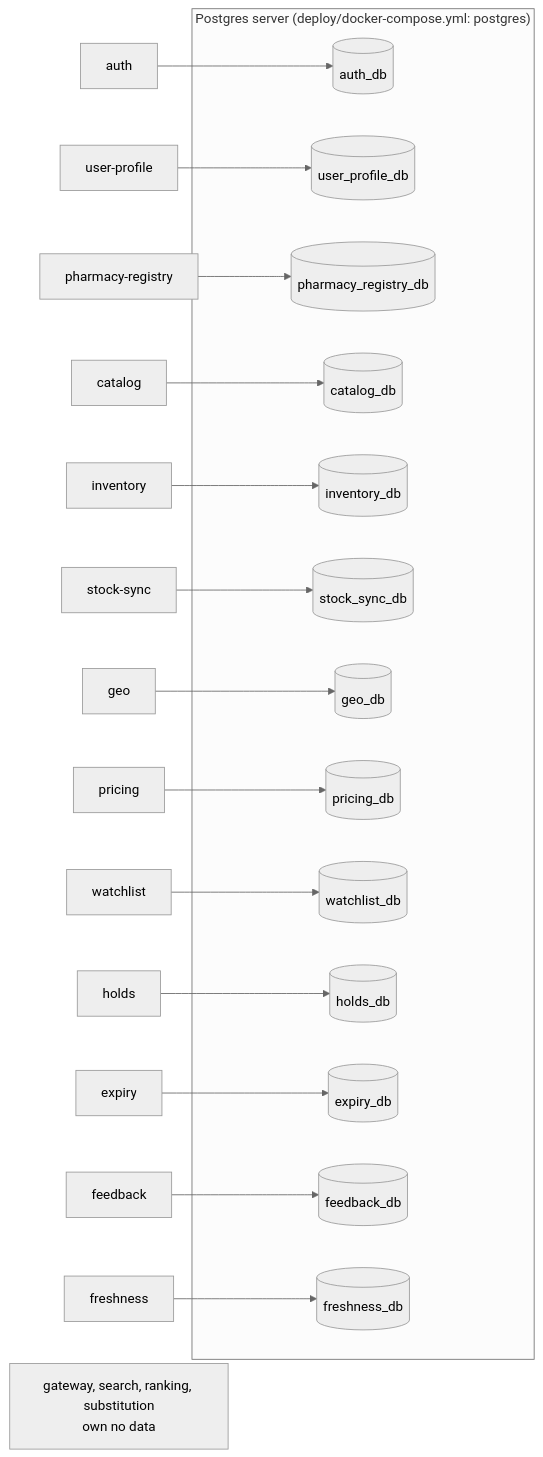
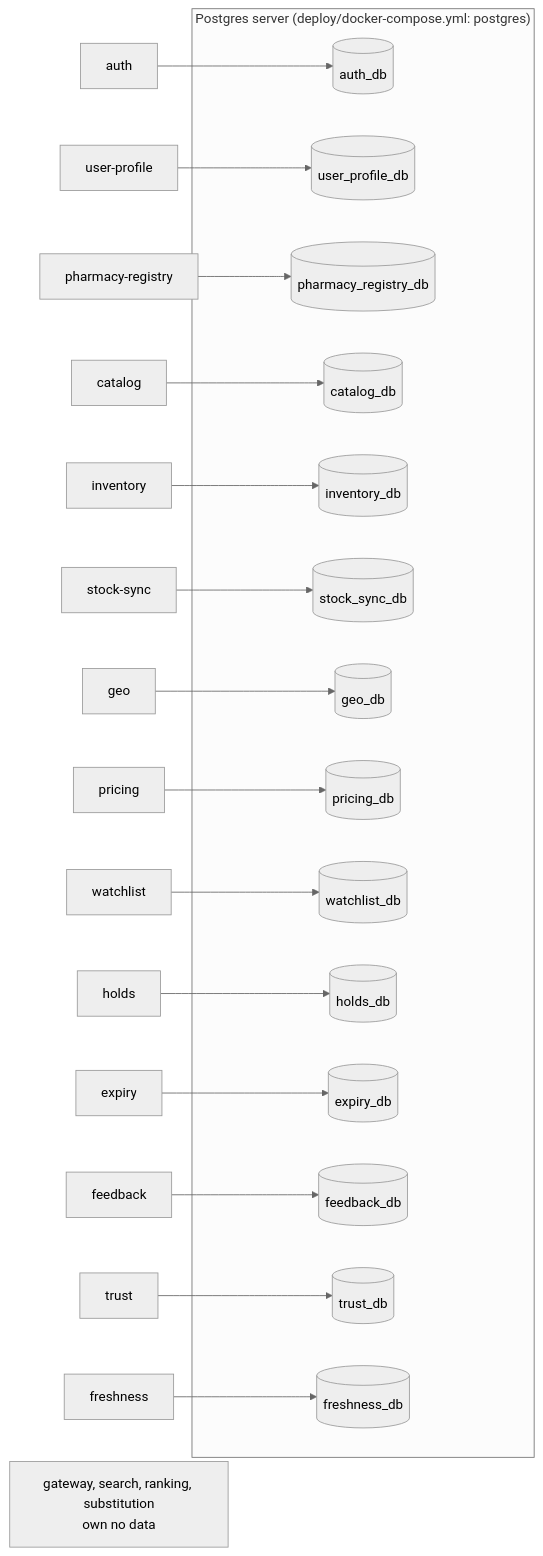
Before and after one commit to Swiftmeds-bht/Swiftmeds: the third of 6 diagrams in docs/architecture/system-context.md, drawn with Mermaid (neutral theme). The commit also changed other lines of this file, not shown here.

Commit message:
docs(architecture): show Trust as a running service (SCRUM-73)

````diff
--- a/docs/architecture/system-context.md
+++ b/docs/architecture/system-context.md
@@ -164,34 +165,36 @@
 ```mermaid
 flowchart LR
     subgraph pg["Postgres server (deploy/docker-compose.yml: postgres)"]
         authDb[("auth_db")]
         profileDb[("user_profile_db")]
         registryDb[("pharmacy_registry_db")]
         catalogDb[("catalog_db")]
         inventoryDb[("inventory_db")]
         stockSyncDb[("stock_sync_db")]
         geoDb[("geo_db")]
         pricingDb[("pricing_db")]
         watchlistDb[("watchlist_db")]
         holdsDb[("holds_db")]
         expiryDb[("expiry_db")]
         feedbackDb[("feedback_db")]
+        trustDb[("trust_db")]
         freshnessDb[("freshness_db")]
     end
 
     auth --> authDb
     userProfile["user-profile"] --> profileDb
     registry["pharmacy-registry"] --> registryDb
     catalog --> catalogDb
     inventory --> inventoryDb
     stockSync["stock-sync"] --> stockSyncDb
     geo --> geoDb
     pricing --> pricingDb
     watchlist --> watchlistDb
     holds --> holdsDb
     expiry --> expiryDb
     feedback --> feedbackDb
+    trust --> trustDb
     freshness --> freshnessDb
 
     stateless["gateway, search, ranking, substitution<br/>own no data"]
 ```
````
